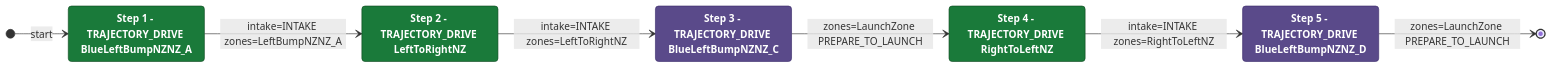
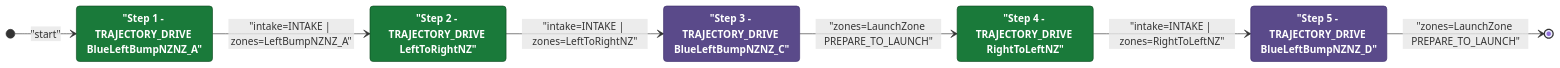
One commit to Team302/2026Rebuilt changed the diagram in documents/auton/RedTDepLaunch2NDepNOutScoreClimb.md. Above: the diagram before and after it, drawn with Mermaid. The commit also changed other lines of this file and 242 other files, not shown here.

Commit message:
Regenerated diagrams with fixed red

````diff
--- a/documents/auton/RedTDepLaunch2NDepNOutScoreClimb.md
+++ b/documents/auton/RedTDepLaunch2NDepNOutScoreClimb.md
@@ -8,27 +8,27 @@
 ```mermaid
 stateDiagram-v2
     direction LR
 
     %% Green = intake active, Purple = intake off
     classDef intake  fill:#1a7a3a,color:#ffffff,stroke:#0d4a1f,font-weight:bold
     classDef noIntake fill:#5a4a8a,color:#ffffff,stroke:#3a2a6a,font-weight:bold
 
-    Step1 : Step 1 - TRAJECTORY_DRIVE BlueLeftBumpNZNZ_A
-    Step2 : Step 2 - TRAJECTORY_DRIVE LeftToRightNZ
-    Step3 : Step 3 - TRAJECTORY_DRIVE BlueLeftBumpNZNZ_C
-    Step4 : Step 4 - TRAJECTORY_DRIVE RightToLeftNZ
-    Step5 : Step 5 - TRAJECTORY_DRIVE BlueLeftBumpNZNZ_D
+    Step1 : "Step 1 - TRAJECTORY_DRIVE BlueLeftBumpNZNZ_A"
+    Step2 : "Step 2 - TRAJECTORY_DRIVE LeftToRightNZ"
+    Step3 : "Step 3 - TRAJECTORY_DRIVE BlueLeftBumpNZNZ_C"
+    Step4 : "Step 4 - TRAJECTORY_DRIVE RightToLeftNZ"
+    Step5 : "Step 5 - TRAJECTORY_DRIVE BlueLeftBumpNZNZ_D"
 
     class Step1 intake
     class Step2 intake
     class Step3 noIntake
     class Step4 intake
     class Step5 noIntake
 
-    [*] --> Step1 : start
-    Step1 --> Step2: intake=INTAKE zones=LeftBumpNZNZ_A
-    Step2 --> Step3: intake=INTAKE zones=LeftToRightNZ
-    Step3 --> Step4: zones=LaunchZone PREPARE_TO_LAUNCH
-    Step4 --> Step5: intake=INTAKE zones=RightToLeftNZ
-    Step5 --> [*]: zones=LaunchZone PREPARE_TO_LAUNCH
+    [*] --> Step1 : "start"
+    Step1 --> Step2: "intake=INTAKE | zones=LeftBumpNZNZ_A"
+    Step2 --> Step3: "intake=INTAKE | zones=LeftToRightNZ"
+    Step3 --> Step4: "zones=LaunchZone PREPARE_TO_LAUNCH"
+    Step4 --> Step5: "intake=INTAKE | zones=RightToLeftNZ"
+    Step5 --> [*]: "zones=LaunchZone PREPARE_TO_LAUNCH"
 ```
````
